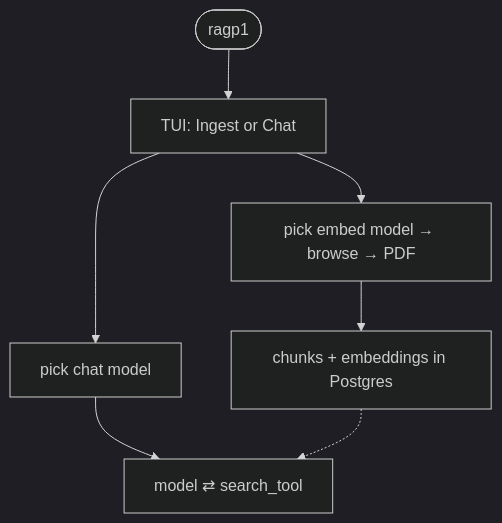
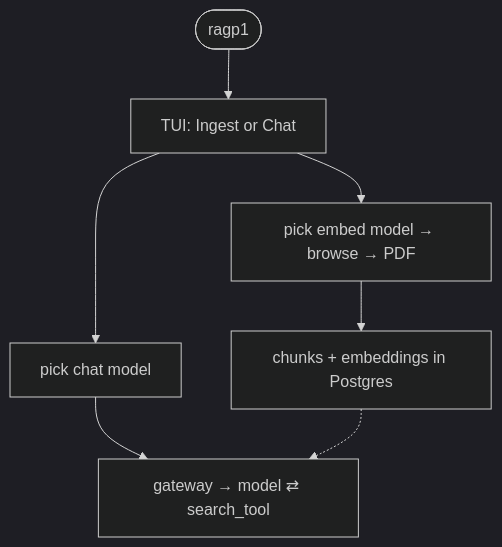
The second of 3 diagrams in README.md (leosanner/graph_pilot), drawn with Mermaid (dark theme) before and after one commit. The commit also changed other lines of this file and 1 other file, not shown here.

First line of the commit message:
docs: describe the gateway layer in the agent graph

````diff
--- a/README.md
+++ b/README.md
@@ -52,9 +52,9 @@
 ```mermaid
 flowchart TD
   Start(["ragp1"]) --> Home["TUI: Ingest or Chat"]
   Home --> Ingest["pick embed model → browse → PDF"]
   Ingest --> Persist["chunks + embeddings in Postgres"]
   Home --> Chat["pick chat model"]
-  Chat --> Loop["model ⇄ search_tool"]
+  Chat --> Loop["gateway → model ⇄ search_tool"]
   Persist -.-> Loop
 ```
````
